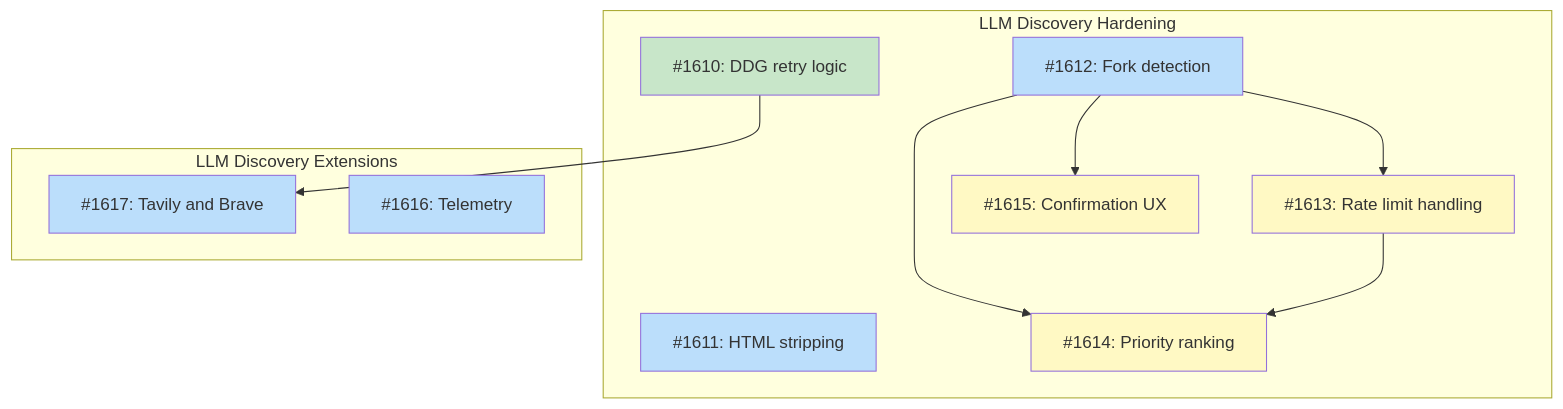
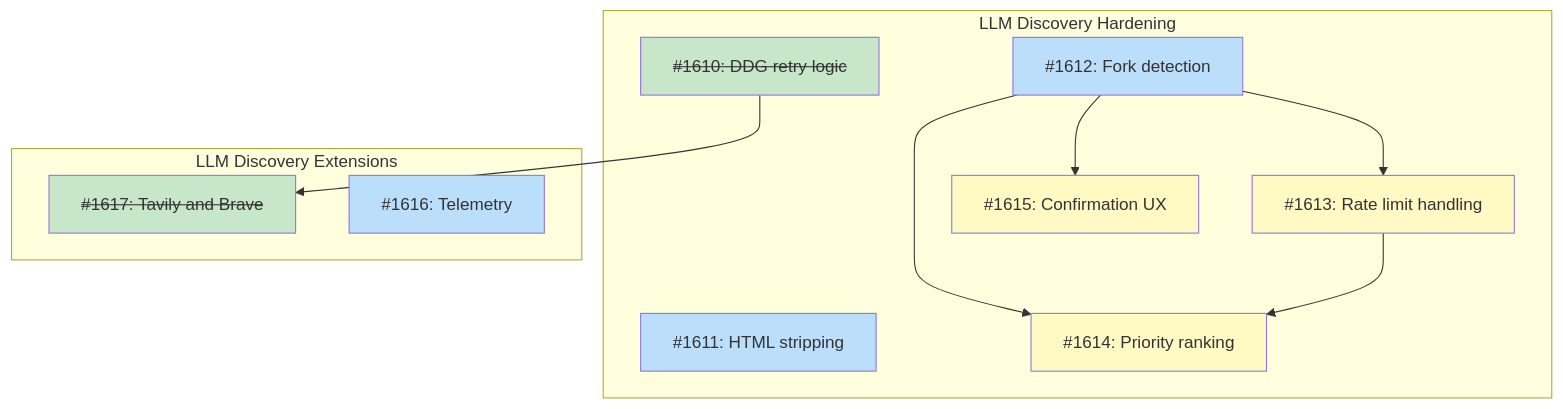
The diagram in docs/designs/DESIGN-llm-discovery-implementation.md (tsukumogami/tsuku), drawn with Mermaid before and after one commit. The commit also changed other lines of this file, not shown here.

Commit message:
docs: mark #1617 complete in design doc
Update DESIGN-llm-discovery-implementation.md to mark #1617 as done
(strikethrough in table and done class in Mermaid diagram).

````diff
--- a/docs/designs/DESIGN-llm-discovery-implementation.md
+++ b/docs/designs/DESIGN-llm-discovery-implementation.md
@@ -61,31 +61,31 @@
 ```mermaid
 graph TD
     subgraph Hardening["LLM Discovery Hardening"]
-        I1610["#1610: DDG retry logic"]
+        I1610["<s>#1610: DDG retry logic</s>"]
         I1611["#1611: HTML stripping"]
         I1612["#1612: Fork detection"]
         I1613["#1613: Rate limit handling"]
         I1614["#1614: Priority ranking"]
         I1615["#1615: Confirmation UX"]
     end
 
     subgraph Extensions["LLM Discovery Extensions"]
-        I1617["#1617: Tavily and Brave"]
+        I1617["<s>#1617: Tavily and Brave</s>"]
         I1616["#1616: Telemetry"]
     end
 
     I1610 --> I1617
     I1612 --> I1613
     I1612 --> I1614
     I1612 --> I1615
     I1613 --> I1614
 
     classDef done fill:#c8e6c9
     classDef ready fill:#bbdefb
     classDef blocked fill:#fff9c4
     classDef needsDesign fill:#e1bee7
 
-    class I1610 done
-    class I1611,I1612,I1616,I1617 ready
+    class I1610,I1617 done
+    class I1611,I1612,I1616 ready
     class I1613,I1614,I1615 blocked
 ```
````
